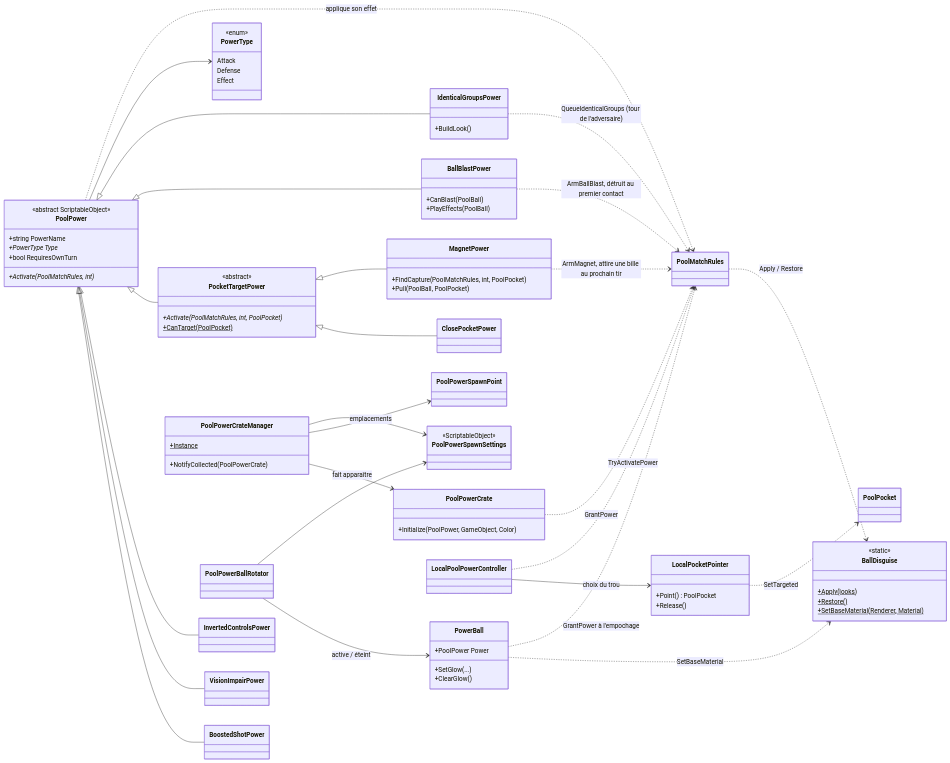
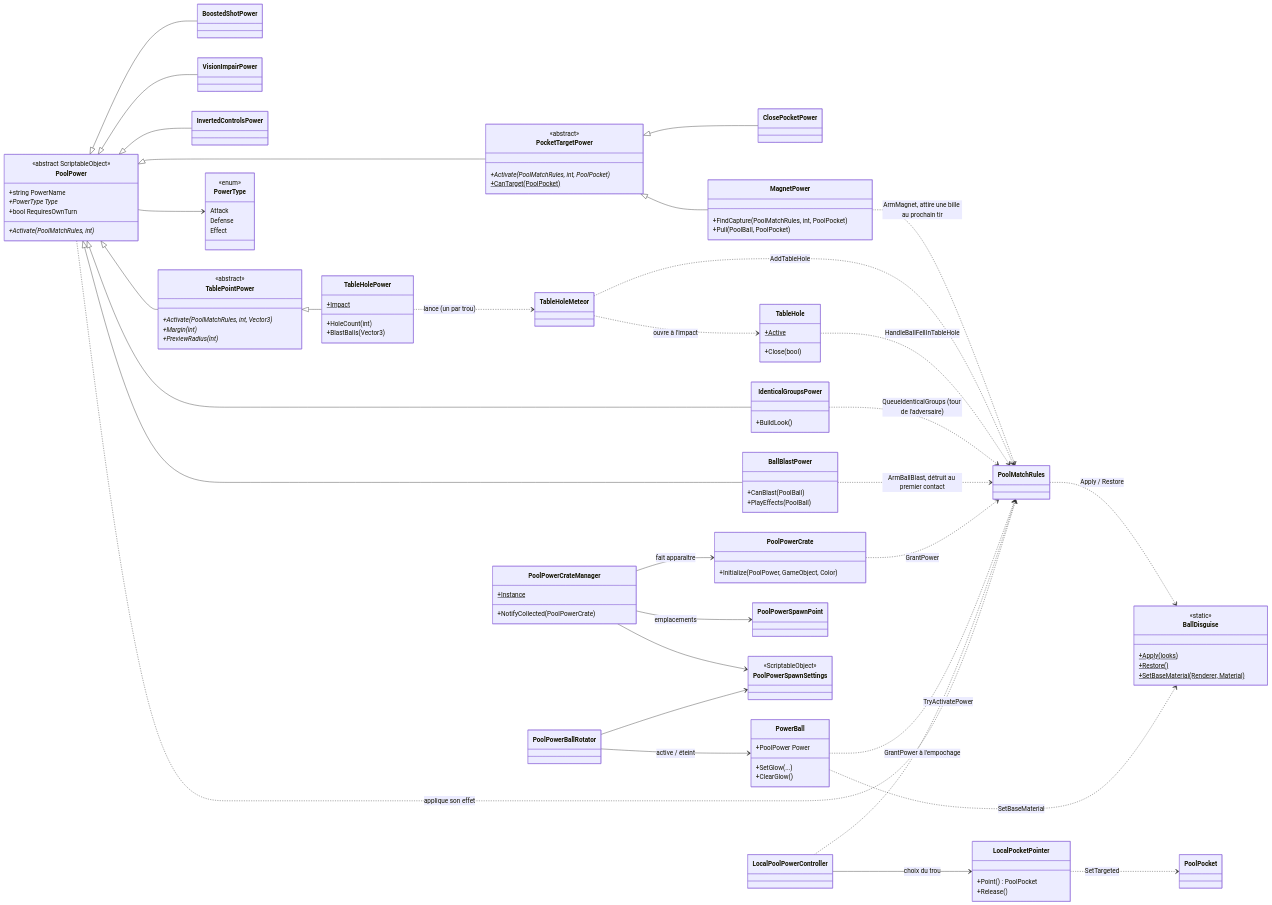
Before and after one commit to FlackyBoy/UntitledPoolgame: the fourth of 4 diagrams in docs/content/tech/architecture.md, drawn with Mermaid. The commit also changed other lines of this file and 46 other files, not shown here.

```diff
--- a/docs/content/tech/architecture.md
+++ b/docs/content/tech/architecture.md
@@ -331,6 +331,22 @@
     +CanTarget(PoolPocket)$
   }
   class ClosePocketPower
+  class TablePointPower {
+    <<abstract>>
+    +Activate(PoolMatchRules, int, Vector3)*
+    +Margin(int)*
+    +PreviewRadius(int)*
+  }
+  class TableHolePower {
+    +HoleCount(int)
+    +BlastBalls(Vector3)
+    +Impact$
+  }
+  class TableHoleMeteor
+  class TableHole {
+    +Active$
+    +Close(bool)
+  }
   class IdenticalGroupsPower {
     +BuildLook()
   }
@@ -387,6 +403,12 @@
   MagnetPower ..> PoolMatchRules : ArmMagnet, attire une bille au prochain tir
   LocalPoolPowerController --> LocalPocketPointer : choix du trou
   LocalPocketPointer ..> PoolPocket : SetTargeted
+  PoolPower <|-- TablePointPower
+  TablePointPower <|-- TableHolePower
+  TableHolePower ..> TableHoleMeteor : lance (un par trou)
+  TableHoleMeteor ..> TableHole : ouvre à l'impact
+  TableHoleMeteor ..> PoolMatchRules : AddTableHole
+  TableHole ..> PoolMatchRules : HandleBallFellInTableHole
   PoolPower <|-- IdenticalGroupsPower
   IdenticalGroupsPower ..> PoolMatchRules : QueueIdenticalGroups (tour de l'adversaire)
   PoolMatchRules ..> BallDisguise : Apply / Restore
```
